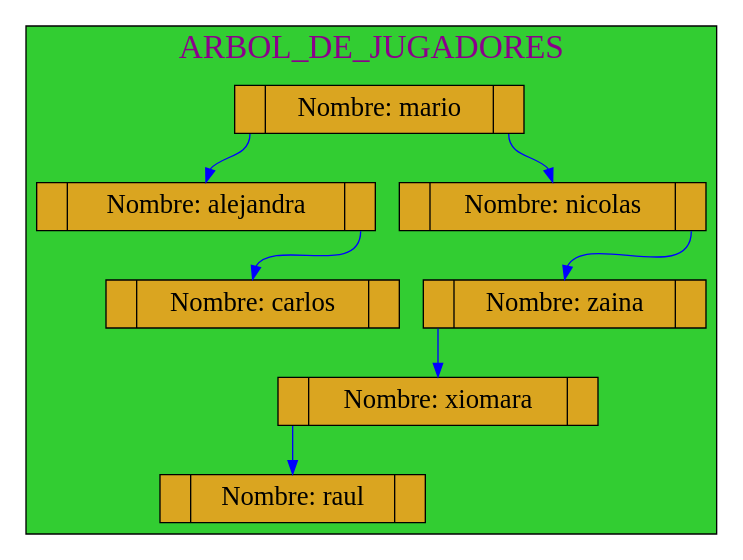
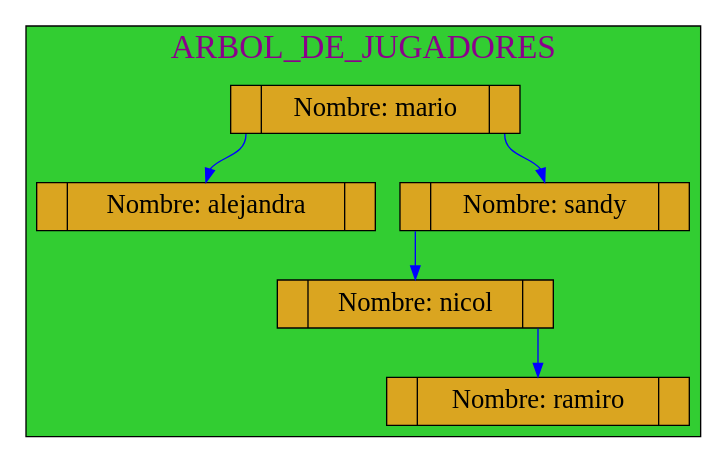
One commit to mariotun/EDD_1S2020_PY1_201602942 changed the diagram in Graficas/Arbol_Jugadores.dot. Above: the diagram before and after it, drawn with Graphviz. The commit also changed 10 other files, not shown here.

```diff
--- a/Graficas/Arbol_Jugadores.dot
+++ b/Graficas/Arbol_Jugadores.dot
@@ -1,38 +1,30 @@
 digraph ArbolBB{
 subgraph cluster_1 {
 
 label= "ARBOL_DE_JUGADORES ";
 labelloc=t;
 fontcolor=magenta4;
 fontname=algerian
 fontsize=25;
 style=filled;
 fillcolor=limegreen;
 node[shape=record,height=0.5 style=filled fontcolor=black fillcolor=goldenrod fontsize=20 ];
 
 
-25769968848[label="<f0> |<f1>Nombre: mario |<f2> " ]; 
-25770344352[label="<f0> |<f1>Nombre: alejandra |<f2>" ]
-25770344624[label="<f0> |<f1>Nombre: nicolas |<f2>" ]
-25770344928[label="<f0> |<f1>Nombre: carlos |<f2>" ]
-25770344928[label="<f0> |<f1>Nombre: carlos |<f2>" ]
-25770345008[label="<f0> |<f1>Nombre: zaina |<f2>" ]
-25770345008[label="<f0> |<f1>Nombre: zaina |<f2>" ]
-25770345488[label="<f0> |<f1>Nombre: xiomara |<f2>" ]
-25770345488[label="<f0> |<f1>Nombre: xiomara |<f2>" ]
-25770345488[label="<f0> |<f1>Nombre: xiomara |<f2>" ]
-25770345568[label="<f0> |<f1>Nombre: raul |<f2>" ]
-25770345568[label="<f0> |<f1>Nombre: raul |<f2>" ]
-25770345568[label="<f0> |<f1>Nombre: raul |<f2>" ]
-25770345568[label="<f0> |<f1>Nombre: raul |<f2>" ]
+25770475696[label="<f0> |<f1>Nombre: mario |<f2> " ]; 
+25770475888[label="<f0> |<f1>Nombre: sandy |<f2>" ]
+25770476400[label="<f0> |<f1>Nombre: nicol |<f2>" ]
+25770476400[label="<f0> |<f1>Nombre: nicol |<f2>" ]
+25770476976[label="<f0> |<f1>Nombre: alejandra |<f2>" ]
+25770476864[label="<f0> |<f1>Nombre: ramiro |<f2>" ]
+25770476864[label="<f0> |<f1>Nombre: ramiro |<f2>" ]
+25770476864[label="<f0> |<f1>Nombre: ramiro |<f2>" ]
 
-25769968848:f0->25770344352:f1 [color=blue]
-25769968848:f2->25770344624:f1 [color=blue ]
-25770344352:f2->25770344928:f1 [color=blue ]
-25770344624:f2->25770345008:f1 [color=blue ]
-25770345008:f0->25770345488:f1 [color=blue]
-25770345488:f0->25770345568:f1 [color=blue]
+25770475696:f2->25770475888:f1 [color=blue ]
+25770475888:f0->25770476400:f1 [color=blue]
+25770475696:f0->25770476976:f1 [color=blue]
+25770476400:f2->25770476864:f1 [color=blue ]
 
  }
 
  }
```
